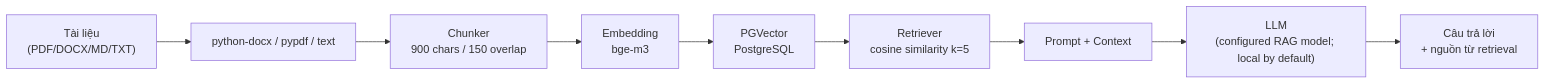
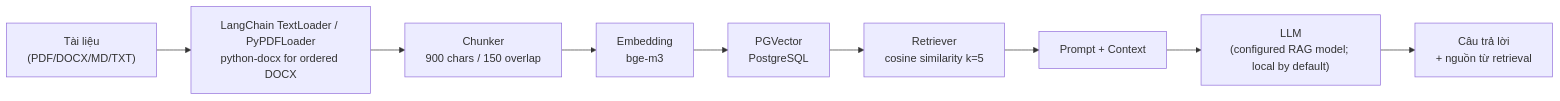
One commit to tranquoctrieu382006-tech/AI-assistant changed the third of 7 diagrams in docs/architecture.md. Above: the diagram before and after it, drawn with Mermaid. The commit also changed other lines of this file and 18 other files, not shown here.

````diff
--- a/docs/architecture.md
+++ b/docs/architecture.md
@@ -152,11 +152,11 @@
 ```mermaid
 flowchart LR
-    A["Tài liệu\n(PDF/DOCX/MD/TXT)"] --> B["python-docx / pypdf / text"]
+    A["Tài liệu\n(PDF/DOCX/MD/TXT)"] --> B["LangChain TextLoader / PyPDFLoader\npython-docx for ordered DOCX"]
     B --> C["Chunker\n900 chars / 150 overlap"]
     C --> D["Embedding\nbge-m3"]
     D --> E["PGVector\nPostgreSQL"]
     E --> F["Retriever\ncosine similarity k=5"]
     F --> G["Prompt + Context"]
     G --> H["LLM\n(configured RAG model; local by default)"]
     H --> I["Câu trả lời\n+ nguồn từ retrieval"]
 ```
````
